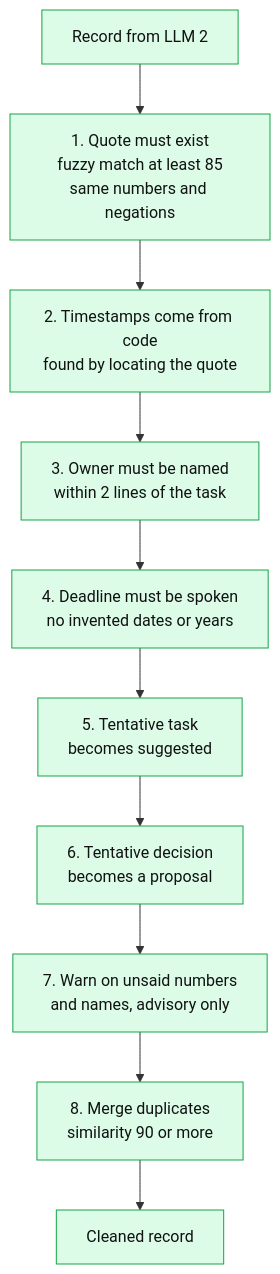
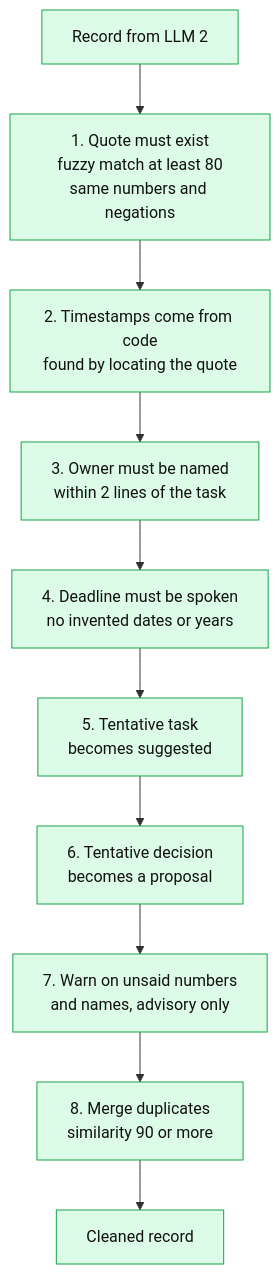
Before and after one commit to bhattyuvraj22/Meeting-Assistant: the fifth of 5 diagrams in TECHNICAL_DOCUMENT.md, drawn with Mermaid. The commit also changed other lines of this file and 2 other files, not shown here.

````diff
--- a/TECHNICAL_DOCUMENT.md
+++ b/TECHNICAL_DOCUMENT.md
@@ -165,15 +165,15 @@
 ```mermaid
 flowchart TD
-    A["Record from LLM 2"] --> S1["1. Quote must exist<br/>fuzzy match at least 85<br/>same numbers and negations"]
+    A["Record from LLM 2"] --> S1["1. Quote must exist<br/>fuzzy match at least 80<br/>same numbers and negations"]
     S1 --> S2["2. Timestamps come from code<br/>found by locating the quote"]
     S2 --> S3["3. Owner must be named<br/>within 2 lines of the task"]
     S3 --> S4["4. Deadline must be spoken<br/>no invented dates or years"]
     S4 --> S5["5. Tentative task<br/>becomes suggested"]
     S5 --> S6["6. Tentative decision<br/>becomes a proposal"]
     S6 --> S7["7. Warn on unsaid numbers<br/>and names, advisory only"]
     S7 --> S8["8. Merge duplicates<br/>similarity 90 or more"]
     S8 --> Z["Cleaned record"]
 
     classDef code fill:#dcfce7,stroke:#16a34a,color:#111
     class A,S1,S2,S3,S4,S5,S6,S7,S8,Z code
 ```
````
